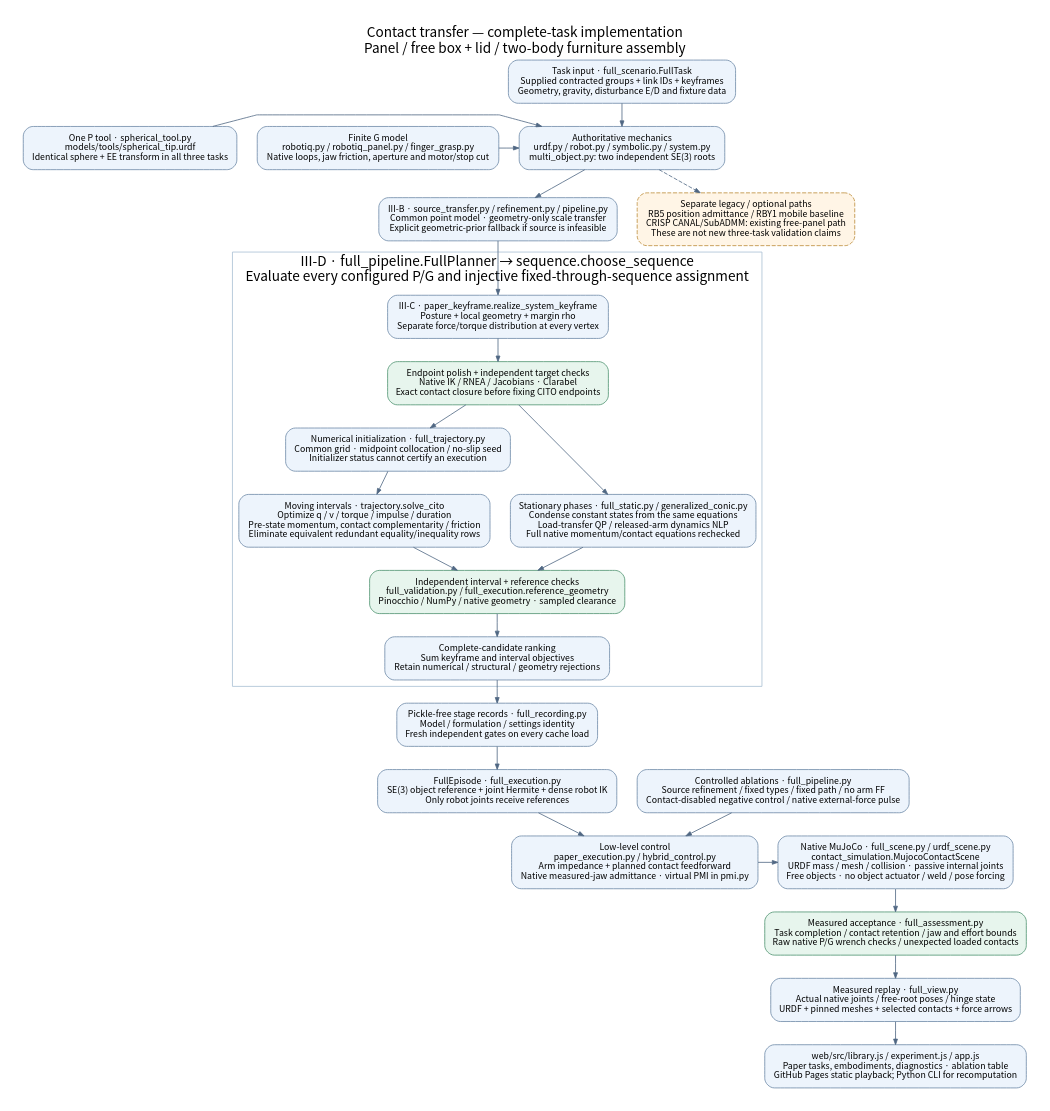
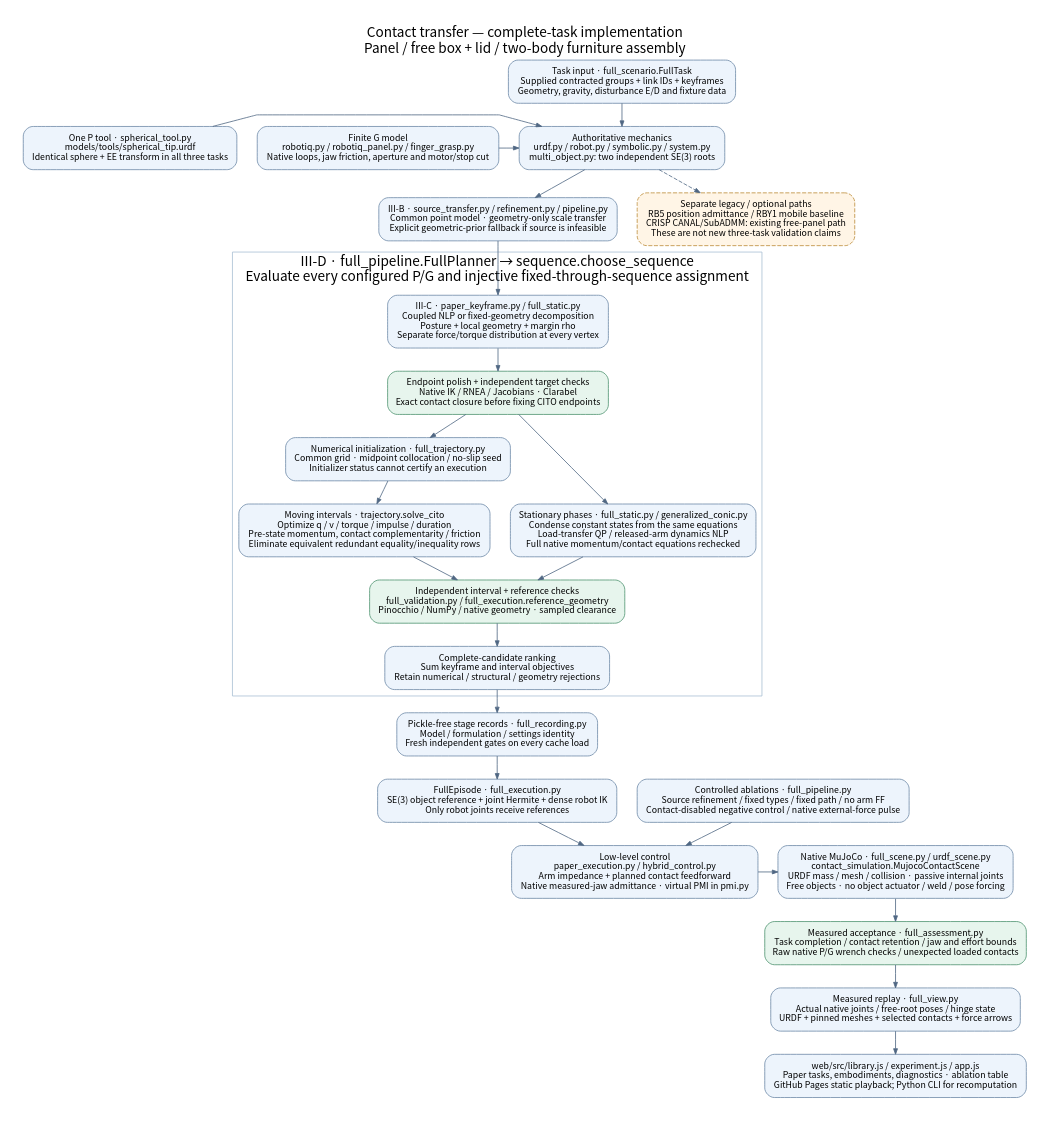
Before and after one commit to overjs94/scale-aware-contact-transfer: the diagram in docs/diagrams/full-scenario-flow.dot, drawn with Graphviz. The commit also changed 31 other files, not shown here.

```diff
--- a/docs/diagrams/full-scenario-flow.dot
+++ b/docs/diagrams/full-scenario-flow.dot
@@ -1,36 +1,36 @@
 digraph FullScenario {
   graph [rankdir=TB, bgcolor="white", pad="0.3", nodesep="0.35", ranksep="0.4", splines=polyline, fontname="Noto Sans CJK KR", fontsize=17, labelloc=t, label="Contact transfer — complete-task implementation\nPanel / free box + lid / two-body furniture assembly"];
   node [shape=box,style="rounded,filled",fillcolor="#edf4fc",color="#6e8aa8",fontname="Noto Sans CJK KR",fontsize=11,margin="0.15,0.12"];
   edge [color="#506783",arrowsize=.7,fontname="Noto Sans CJK KR",fontsize=9];
   task [label="Task input · full_scenario.FullTask\nSupplied contracted groups + link IDs + keyframes\nGeometry, gravity, disturbance E/D and fixture data"];
   tool [label="One P tool · spherical_tool.py\nmodels/tools/spherical_tip.urdf\nIdentical sphere + EE transform in all three tasks"];
   models [label="Authoritative mechanics\nurdf.py / robot.py / symbolic.py / system.py\nmulti_object.py: two independent SE(3) roots"];
   grip [label="Finite G model\nrobotiq.py / robotiq_panel.py / finger_grasp.py\nNative loops, jaw friction, aperture and motor/stop cut"];
   source [label="III-B · source_transfer.py / refinement.py / pipeline.py\nCommon point model · geometry-only scale transfer\nExplicit geometric-prior fallback if source is infeasible"];
   subgraph cluster_search {
     label="III-D · full_pipeline.FullPlanner → sequence.choose_sequence\nEvaluate every configured P/G and injective fixed-through-sequence assignment";color="#a9bfd4";
-    target [label="III-C · paper_keyframe.realize_system_keyframe\nPosture + local geometry + margin rho\nSeparate force/torque distribution at every vertex"];
+    target [label="III-C · paper_keyframe.py / full_static.py\nCoupled NLP or fixed-geometry decomposition\nPosture + local geometry + margin rho\nSeparate force/torque distribution at every vertex"];
     polish [label="Endpoint polish + independent target checks\nNative IK / RNEA / Jacobians · Clarabel\nExact contact closure before fixing CITO endpoints",fillcolor="#e7f5ed",color="#4e9470"];
     kin [label="Numerical initialization · full_trajectory.py\nCommon grid · midpoint collocation / no-slip seed\nInitializer status cannot certify an execution"];
     cito [label="Moving intervals · trajectory.solve_cito\nOptimize q / v / torque / impulse / duration\nPre-state momentum, contact complementarity / friction\nEliminate equivalent redundant equality/inequality rows"];
     dwell [label="Stationary phases · full_static.py / generalized_conic.py\nCondense constant states from the same equations\nLoad-transfer QP / released-arm dynamics NLP\nFull native momentum/contact equations rechecked"];
     validation [label="Independent interval + reference checks\nfull_validation.py / full_execution.reference_geometry\nPinocchio / NumPy / native geometry · sampled clearance",fillcolor="#e7f5ed",color="#4e9470"];
     rank [label="Complete-candidate ranking\nSum keyframe and interval objectives\nRetain numerical / structural / geometry rejections"];
     target -> polish -> kin -> cito -> validation -> rank;
     polish -> dwell -> validation;
   }
   cache [label="Pickle-free stage records · full_recording.py\nModel / formulation / settings identity\nFresh independent gates on every cache load"];
   reference [label="FullEpisode · full_execution.py\nSE(3) object reference + joint Hermite + dense robot IK\nOnly robot joints receive references"];
   control [label="Low-level control\npaper_execution.py / hybrid_control.py\nArm impedance + planned contact feedforward\nNative measured-jaw admittance · virtual PMI in pmi.py"];
   physics [label="Native MuJoCo · full_scene.py / urdf_scene.py\ncontact_simulation.MujocoContactScene\nURDF mass / mesh / collision · passive internal joints\nFree objects · no object actuator / weld / pose forcing"];
   assessment [label="Measured acceptance · full_assessment.py\nTask completion / contact retention / jaw and effort bounds\nRaw native P/G wrench checks / unexpected loaded contacts",fillcolor="#e7f5ed",color="#4e9470"];
   ablation [label="Controlled ablations · full_pipeline.py\nSource refinement / fixed types / fixed path / no arm FF\nContact-disabled negative control / native external-force pulse"];
   view [label="Measured replay · full_view.py\nActual native joints / free-root poses / hinge state\nURDF + pinned meshes + selected contacts + force arrows"];
   web [label="web/src/library.js / experiment.js / app.js\nPaper tasks, embodiments, diagnostics · ablation table\nGitHub Pages static playback; Python CLI for recomputation"];
   boundary [label="Separate legacy / optional paths\nRB5 position admittance / RBY1 mobile baseline\nCRISP CANAL/SubADMM: existing free-panel path\nThese are not new three-task validation claims",style="rounded,dashed,filled",fillcolor="#fff5e6",color="#bc8c39"];
   {rank=same; tool; models; grip;}
   {rank=same; control; physics;}
   task -> models; tool -> models; grip -> models; models -> source -> target;
   rank -> cache -> reference -> control -> physics -> assessment;
   ablation -> control; assessment -> view -> web; models -> boundary [style=dashed];
 }
```
